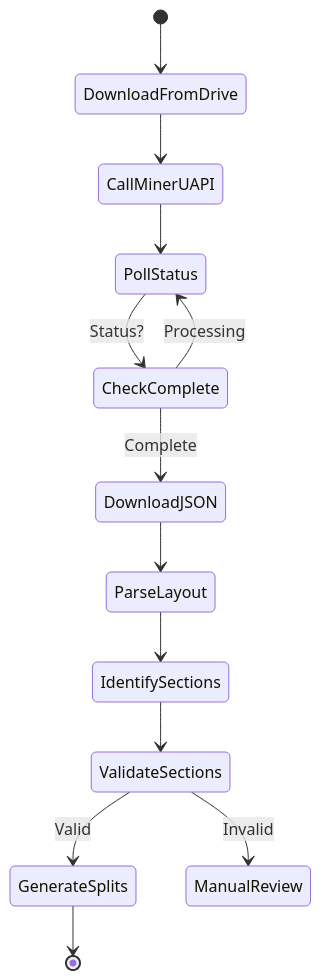
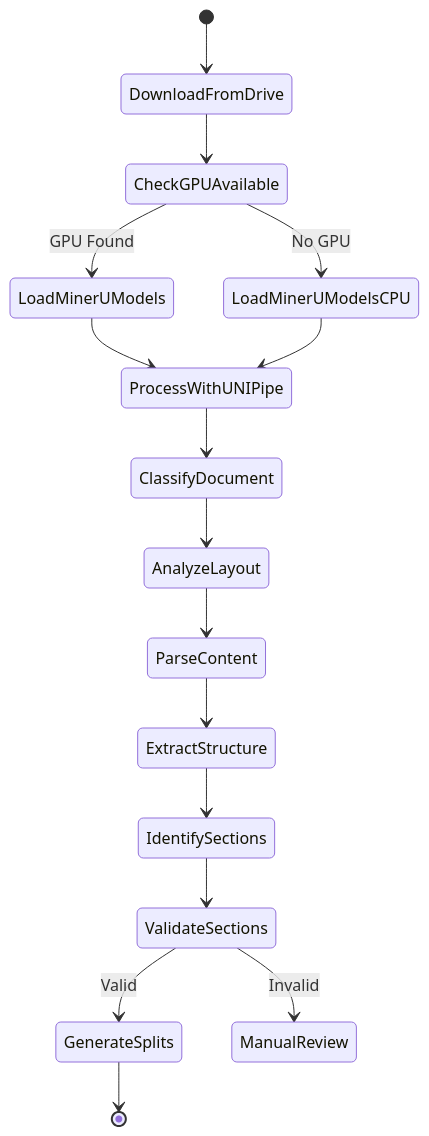
One commit to mmarcus006/fdd_pipeline_new changed the fourth of 7 diagrams in docs/01_architecture/data_flow.md. Above: the diagram before and after it, drawn with Mermaid. The commit also changed other lines of this file and 29 other files, not shown here.

````diff
--- a/docs/01_architecture/data_flow.md
+++ b/docs/01_architecture/data_flow.md
@@ -178,15 +178,18 @@
 ```mermaid
 stateDiagram-v2
     [*] --> DownloadFromDrive
-    DownloadFromDrive --> CallMinerUAPI
-    CallMinerUAPI --> PollStatus
-    PollStatus --> CheckComplete: Status?
-    CheckComplete --> PollStatus: Processing
-    CheckComplete --> DownloadJSON: Complete
-    DownloadJSON --> ParseLayout
-    ParseLayout --> IdentifySections
+    DownloadFromDrive --> CheckGPUAvailable
+    CheckGPUAvailable --> LoadMinerUModels: GPU Found
+    CheckGPUAvailable --> LoadMinerUModelsCPU: No GPU
+    LoadMinerUModels --> ProcessWithUNIPipe
+    LoadMinerUModelsCPU --> ProcessWithUNIPipe
+    ProcessWithUNIPipe --> ClassifyDocument
+    ClassifyDocument --> AnalyzeLayout
+    AnalyzeLayout --> ParseContent
+    ParseContent --> ExtractStructure
+    ExtractStructure --> IdentifySections
     IdentifySections --> ValidateSections
     ValidateSections --> GenerateSplits: Valid
     ValidateSections --> ManualReview: Invalid
     GenerateSplits --> [*]
 ```
````
